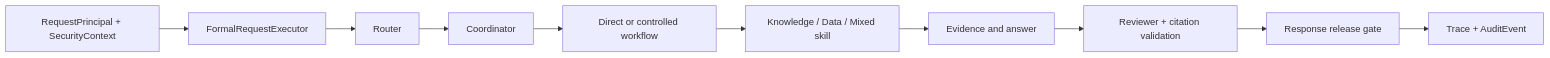
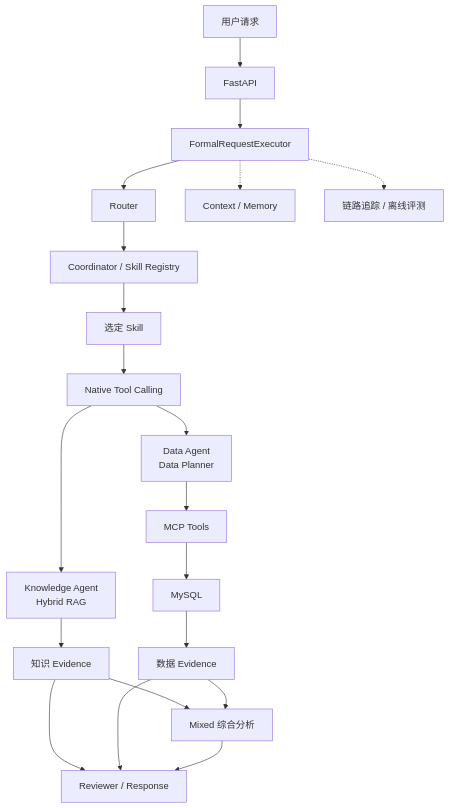
Before and after one commit to ccy777/Enterprise-Decision-Agent: the diagram in docs/ARCHITECTURE.md, drawn with Mermaid. The commit also changed other lines of this file and 13 other files, not shown here.

````diff
--- a/docs/ARCHITECTURE.md
+++ b/docs/ARCHITECTURE.md
@@ -7,12 +5,22 @@
 ```mermaid
-flowchart LR
-    A["RequestPrincipal + SecurityContext"] --> B["FormalRequestExecutor"]
-    B --> C["Router"]
-    C --> D["Coordinator"]
-    D --> E["Direct or controlled workflow"]
-    E --> F["Knowledge / Data / Mixed skill"]
-    F --> G["Evidence and answer"]
-    G --> H["Reviewer + citation validation"]
-    H --> I["Response release gate"]
-    I --> J["Trace + AuditEvent"]
+flowchart TD
+    U["用户请求"] --> API["FastAPI"]
+    API --> X["FormalRequestExecutor"]
+    X --> R["Router"]
+    R --> C["Coordinator / Skill Registry"]
+    C --> S["选定 Skill"]
+    S --> T["Native Tool Calling"]
+    T --> K["Knowledge Agent\nHybrid RAG"]
+    T --> D["Data Agent\nData Planner"]
+    D --> MCP["MCP Tools"]
+    MCP --> DB["MySQL"]
+    K --> KE["知识 Evidence"]
+    DB --> DE["数据 Evidence"]
+    KE --> M["Mixed 综合分析"]
+    DE --> M
+    KE --> V["Reviewer / Response"]
+    DE --> V
+    M --> V
+    X -.-> CM["Context / Memory"]
+    X -.-> O["链路追踪 / 离线评测"]
 ```
````
